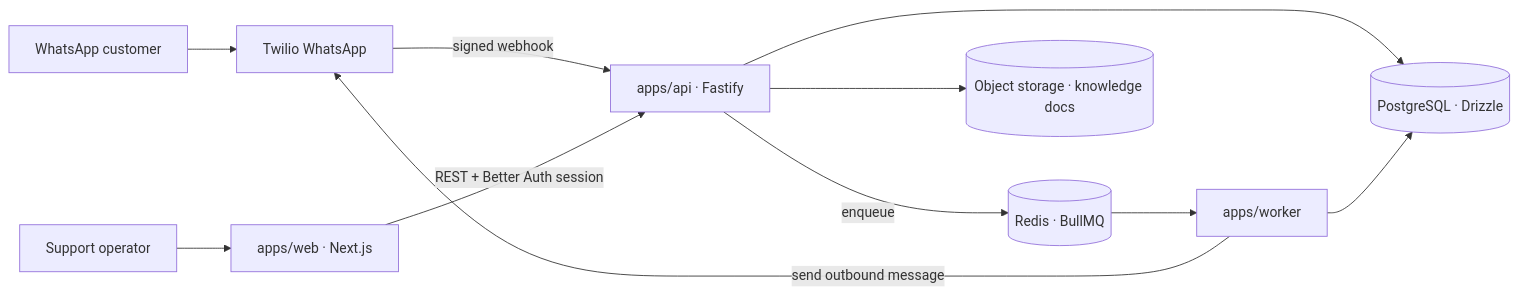
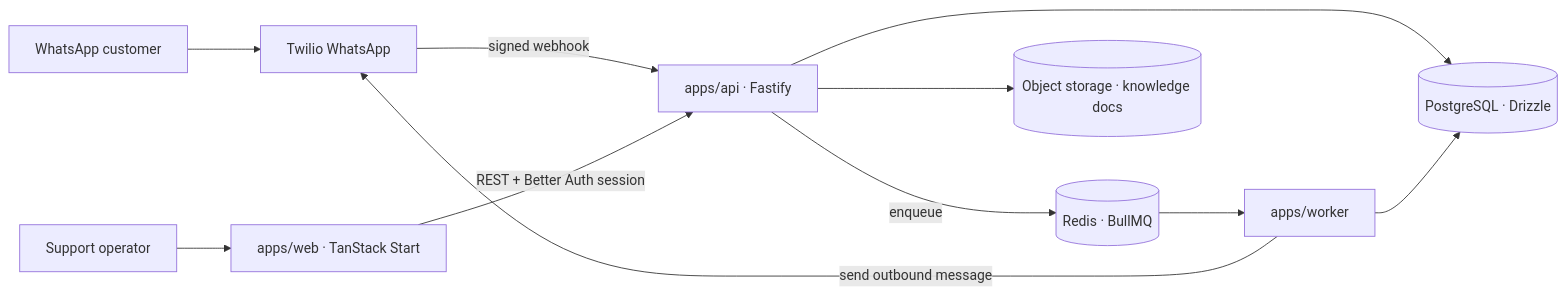
One commit to marcioecom/echo changed the diagram in docs/architecture.md. Above: the diagram before and after it, drawn with Mermaid. The commit also changed other lines of this file and 97 other files, not shown here.

First line of the commit message:
Migrate apps/web from Next.js to TanStack Start on Cloudflare Workers.

````diff
--- a/docs/architecture.md
+++ b/docs/architecture.md
@@ -7,13 +7,13 @@
 ```mermaid
 flowchart LR
     Customer[WhatsApp customer] --> Twilio[Twilio WhatsApp]
     Twilio -->|signed webhook| API[apps/api · Fastify]
-    Operator[Support operator] --> Web[apps/web · Next.js]
+    Operator[Support operator] --> Web[apps/web · TanStack Start]
     Web -->|REST + Better Auth session| API
     API --> Postgres[(PostgreSQL · Drizzle)]
     API -->|enqueue| Redis[(Redis · BullMQ)]
     Redis --> Worker[apps/worker]
     Worker --> Postgres
     Worker -->|send outbound message| Twilio
     API --> ObjectStorage[(Object storage · knowledge docs)]
 ```
````
